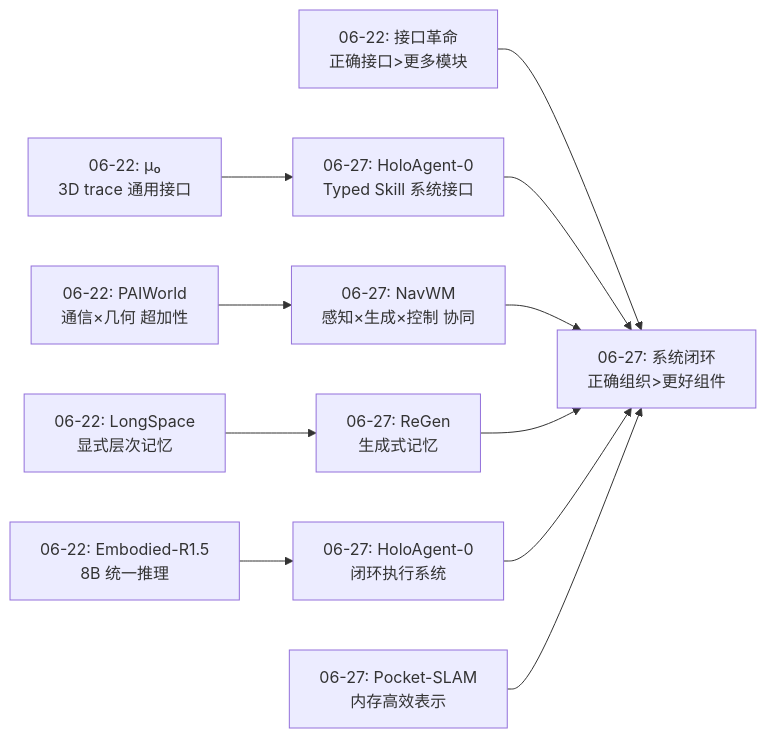
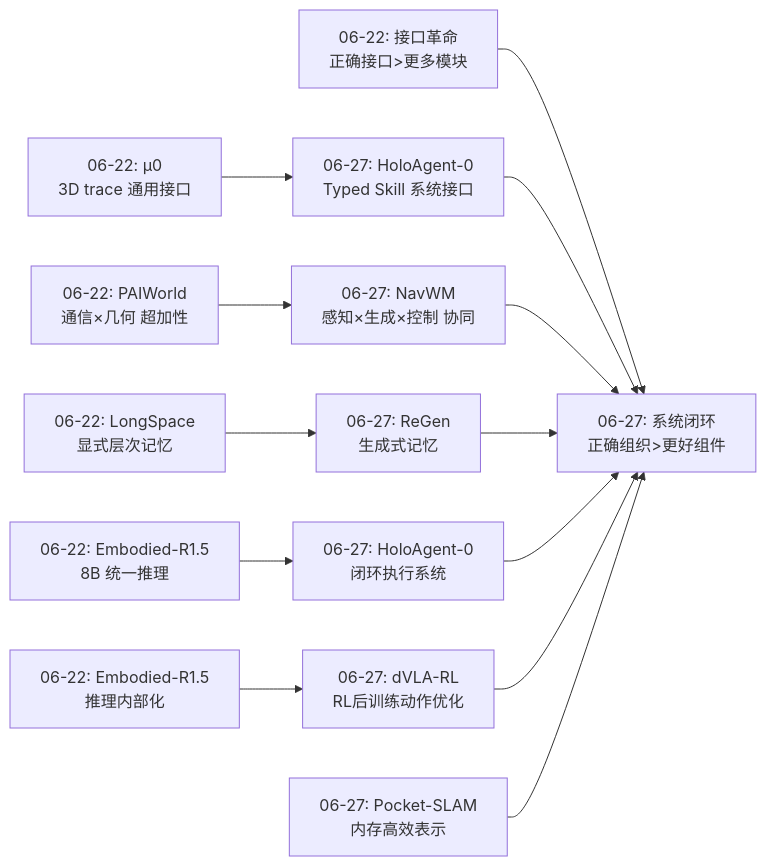
Before and after one commit to ahangchen/spatial_agi: the first of 5 diagrams in daily_thinking/2026-06-27.md, drawn with Mermaid. The commit also changed other lines of this file, not shown here.

Commit message:
feat: integrate dVLA-RL as 5th paper into 2026-06-27 daily thinking

````diff
--- a/daily_thinking/2026-06-27.md
+++ b/daily_thinking/2026-06-27.md
@@ -68,13 +72,15 @@
 ```mermaid
 graph LR
-    A["06-22: μ₀<br/>3D trace 通用接口"] --> B["06-27: HoloAgent-0<br/>Typed Skill 系统接口"]
+    A["06-22: μ0<br/>3D trace 通用接口"] --> B["06-27: HoloAgent-0<br/>Typed Skill 系统接口"]
     C["06-22: PAIWorld<br/>通信×几何 超加性"] --> D["06-27: NavWM<br/>感知×生成×控制 协同"]
     E["06-22: LongSpace<br/>显式层次记忆"] --> F["06-27: ReGen<br/>生成式记忆"]
     G["06-22: Embodied-R1.5<br/>8B 统一推理"] --> H["06-27: HoloAgent-0<br/>闭环执行系统"]
     I["06-22: 接口革命<br/>正确接口>更多模块"] --> J["06-27: 系统闭环<br/>正确组织>更好组件"]
+    N["06-22: Embodied-R1.5<br/>推理内部化"] --> O["06-27: dVLA-RL<br/>RL后训练动作优化"]
     B --> J
     D --> J
     F --> J
     H --> J
+    O --> J
     K["06-27: Pocket-SLAM<br/>内存高效表示"] --> J
 ```
````
